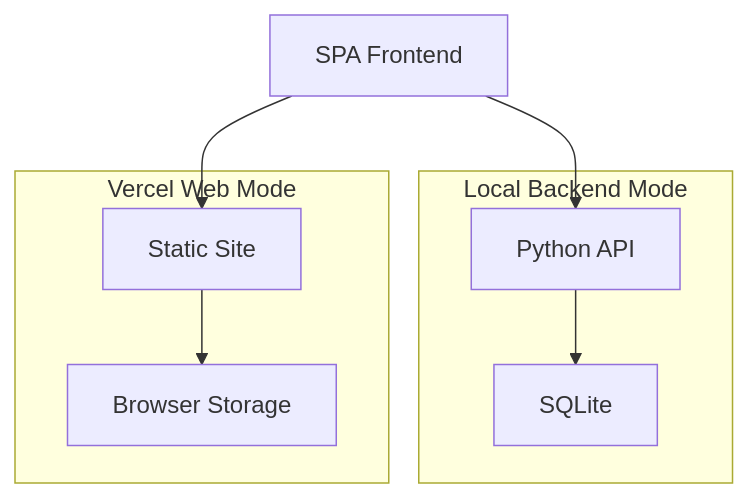
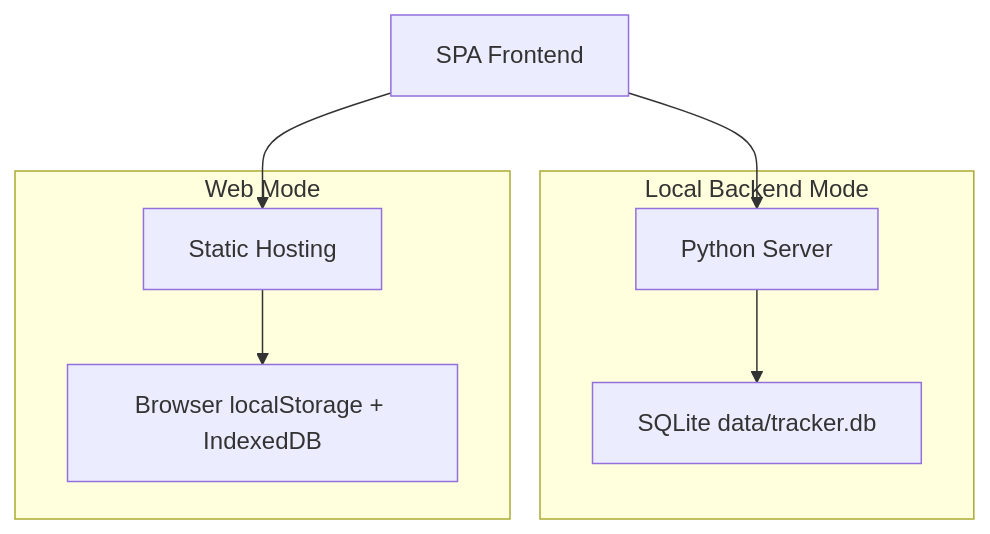
The second of 2 diagrams in README.md (XFKI/3.-Clarification_action_tracker_system), drawn with Mermaid before and after one commit. The commit also changed other lines of this file and 3 other files, not shown here.

````diff
--- a/README.md
+++ b/README.md
@@ -28,13 +35,15 @@
 ```mermaid
 flowchart TB
   subgraph Local[Local Backend Mode]
-    L1[Python API]
-    L2[SQLite]
+    L1[Python Server]
+    L2[SQLite data/tracker.db]
   end
-  subgraph Web[Vercel Web Mode]
-    W1[Static Site]
-    W2[Browser Storage]
+
+  subgraph Web[Web Mode]
+    W1[Static Hosting]
+    W2[Browser localStorage + IndexedDB]
   end
+
   UI[SPA Frontend] --> L1 --> L2
   UI --> W1 --> W2
 ```
````
